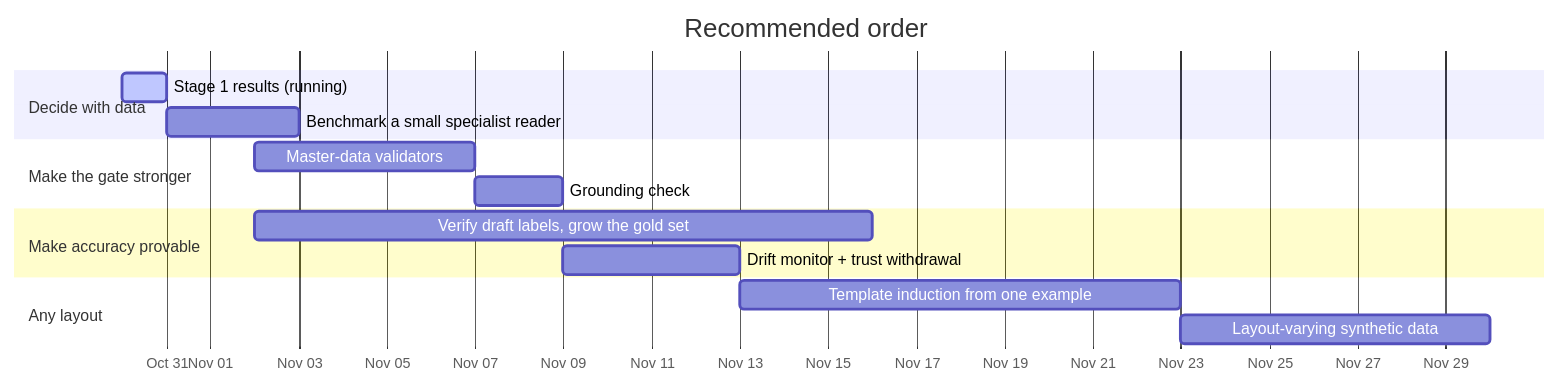
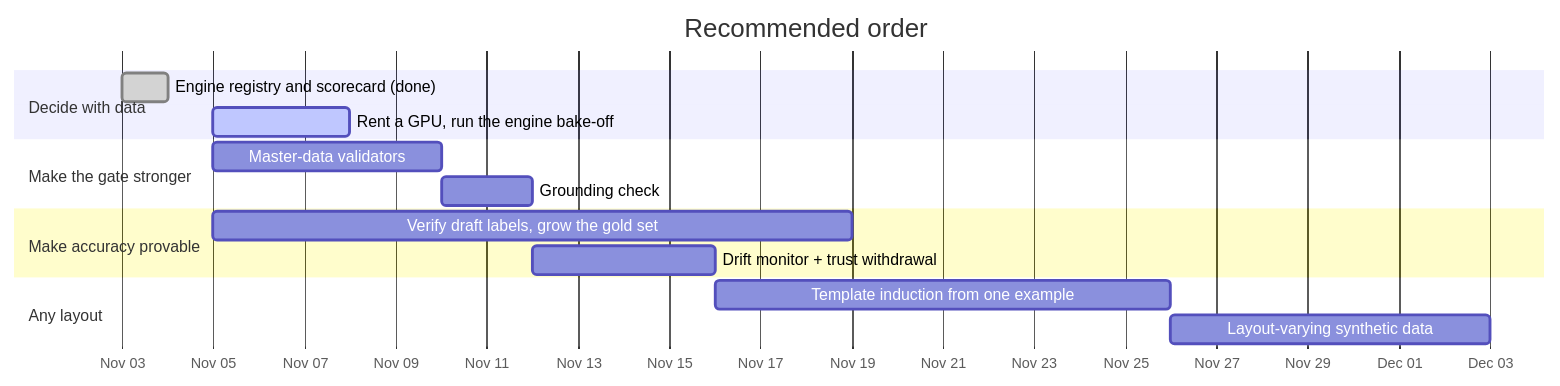
Diagram 25 of 25 in architecture.md (Megh-1/OCR_Reader), drawn with Mermaid before and after one commit. The commit also changed other lines of this file and 3 other files, not shown here.

First line of the commit message:
Bring architecture docs up to date: vision reader, reader engines, measured results, and an HTML generator

````diff
--- a/architecture.md
+++ b/architecture.md
@@ -1026,18 +1270,18 @@
 ```mermaid
 gantt
     title Recommended order
     dateFormat  YYYY-MM-DD
     axisFormat  %b %d
     section Decide with data
-    Stage 1 results (running)                 :active, s1, 2026-10-30, 1d
-    Benchmark a small specialist reader       :s2, after s1, 3d
+    Engine registry and scorecard (done)      :done, s1, 2026-11-03, 1d
+    Rent a GPU, run the engine bake-off       :active, s2, 2026-11-05, 3d
     section Make the gate stronger
-    Master-data validators                    :v1, 2026-11-02, 5d
+    Master-data validators                    :v1, 2026-11-05, 5d
     Grounding check                           :v2, after v1, 2d
     section Make accuracy provable
-    Verify draft labels, grow the gold set    :g1, 2026-11-02, 14d
+    Verify draft labels, grow the gold set    :g1, 2026-11-05, 14d
     Drift monitor + trust withdrawal          :d1, after v2, 4d
     section Any layout
     Template induction from one example       :t1, after d1, 10d
     Layout-varying synthetic data             :t2, after t1, 7d
 ```
````
